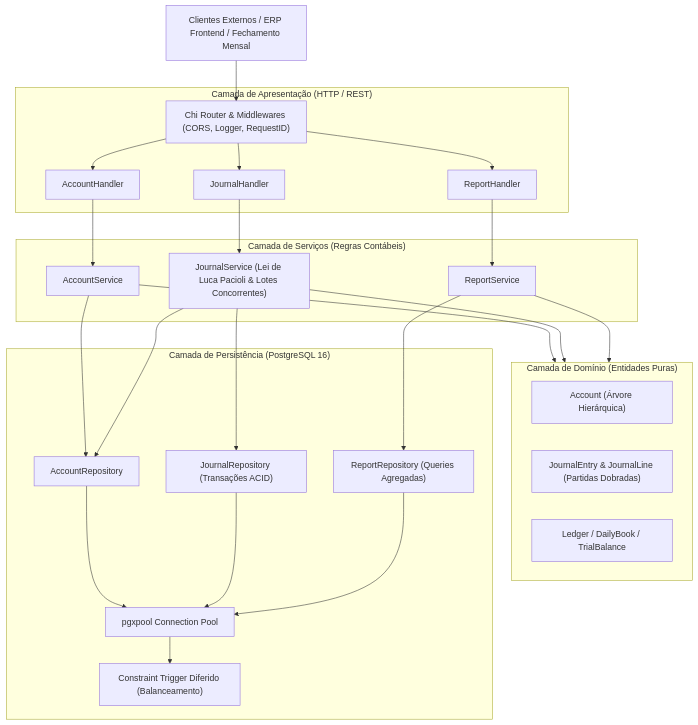
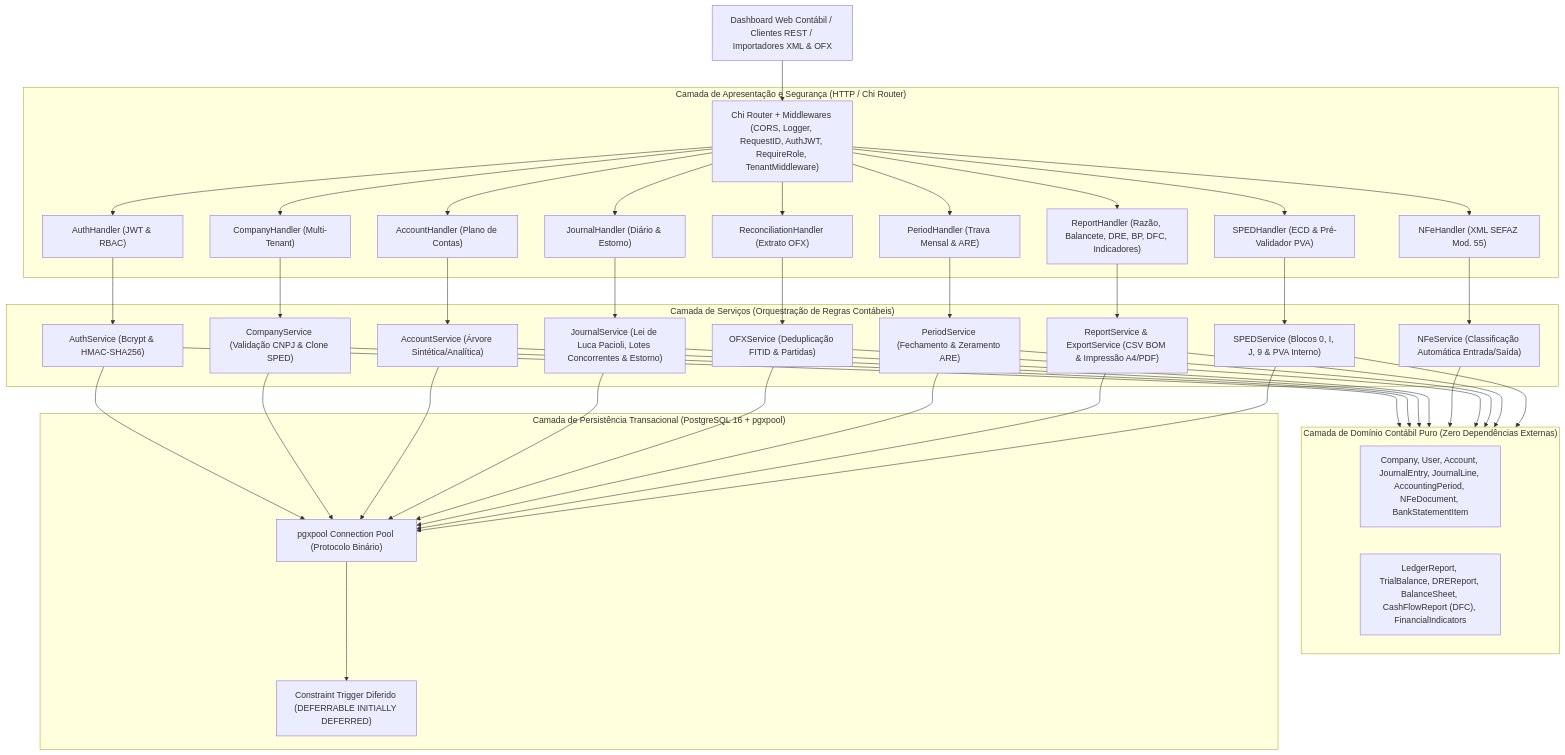
Before and after one commit to matheus-sl2/nortabil: the first of 2 diagrams in docs/ARQUITETURA.md, drawn with Mermaid. The commit also changed other lines of this file, not shown here.

Commit message:
docs(arquitetura): atualizar diagramas Mermaid de arquitetura e DER relacional multi-tenant

````diff
--- a/docs/ARQUITETURA.md
+++ b/docs/ARQUITETURA.md
@@ -11,43 +11,54 @@
 ```mermaid
 flowchart TD
-    Client["Clientes Externos / ERP Frontend / Fechamento Mensal"]
-    
-    subgraph HTTP_Layer["Camada de Apresentação (HTTP / REST)"]
-        Router["Chi Router & Middlewares (CORS, Logger, RequestID)"]
-        AccH["AccountHandler"]
-        JournH["JournalHandler"]
-        RepH["ReportHandler"]
+    Client["Dashboard Web Contábil / Clientes REST / Importadores XML & OFX"]
+
+    subgraph HTTP_Layer["Camada de Apresentação e Segurança (HTTP / Chi Router)"]
+        Router["Chi Router + Middlewares (CORS, Logger, RequestID, AuthJWT, RequireRole, TenantMiddleware)"]
+        AuthH["AuthHandler (JWT & RBAC)"]
+        CompH["CompanyHandler (Multi-Tenant)"]
+        AccH["AccountHandler (Plano de Contas)"]
+        JournH["JournalHandler (Diário & Estorno)"]
+        NFeH["NFeHandler (XML SEFAZ Mod. 55)"]
+        RecH["ReconciliationHandler (Extrato OFX)"]
+        PerH["PeriodHandler (Trava Mensal & ARE)"]
+        RepH["ReportHandler (Razão, Balancete, DRE, BP, DFC, Indicadores)"]
+        SpedH["SPEDHandler (ECD & Pré-Validador PVA)"]
     end
-    
-    subgraph Service_Layer["Camada de Serviços (Regras Contábeis)"]
-        AccS["AccountService"]
-        JournS["JournalService (Lei de Luca Pacioli & Lotes Concorrentes)"]
-        RepS["ReportService"]
+
+    subgraph Service_Layer["Camada de Serviços (Orquestração de Regras Contábeis)"]
+        AuthS["AuthService (Bcrypt & HMAC-SHA256)"]
+        CompS["CompanyService (Validação CNPJ & Clone SPED)"]
+        AccS["AccountService (Árvore Sintética/Analítica)"]
+        JournS["JournalService (Lei de Luca Pacioli, Lotes Concorrentes & Estorno)"]
+        NFeS["NFeService (Classificação Automática Entrada/Saída)"]
+        OFXS["OFXService (Deduplicação FITID & Partidas)"]
+        PerS["PeriodService (Fechamento & Zeramento ARE)"]
+        RepS["ReportService & ExportService (CSV BOM & Impressão A4/PDF)"]
+        SpedS["SPEDService (Blocos 0, I, J, 9 & PVA Interno)"]
     end
-    
-    subgraph Domain_Layer["Camada de Domínio (Entidades Puras)"]
-        Account["Account (Árvore Hierárquica)"]
-        JournalEntry["JournalEntry & JournalLine (Partidas Dobradas)"]
-        Reports["Ledger / DailyBook / TrialBalance"]
+
+    subgraph Domain_Layer["Camada de Domínio Contábil Puro (Zero Dependências Externas)"]
+        Entities["Company, User, Account, JournalEntry, JournalLine, AccountingPeriod, NFeDocument, BankStatementItem"]
+        Reports["LedgerReport, TrialBalance, DREReport, BalanceSheet, CashFlowReport (DFC), FinancialIndicators"]
     end
-    
-    subgraph Infra_Layer["Camada de Persistência (PostgreSQL 16)"]
-        DB["pgxpool Connection Pool"]
-        AccRepo["AccountRepository"]
-        JournRepo["JournalRepository (Transações ACID)"]
-        RepRepo["ReportRepository (Queries Agregadas)"]
-        Trig["Constraint Trigger Diferido (Balanceamento)"]
+
+    subgraph Infra_Layer["Camada de Persistência Transacional (PostgreSQL 16 + pgxpool)"]
+        DB["pgxpool Connection Pool (Protocolo Binário)"]
+        Trig["Constraint Trigger Diferido (DEFERRABLE INITIALLY DEFERRED)"]
     end
 
     Client --> Router
-    Router --> AccH & JournH & RepH
+    Router --> AuthH & CompH & AccH & JournH & NFeH & RecH & PerH & RepH & SpedH
+    AuthH --> AuthS
+    CompH --> CompS
     AccH --> AccS
     JournH --> JournS
+    NFeH --> NFeS
+    RecH --> OFXS
+    PerH --> PerS
     RepH --> RepS
-    AccS & JournS & RepS --> Domain_Layer
-    AccS --> AccRepo
-    JournS --> JournRepo & AccRepo
-    RepS --> RepRepo
-    AccRepo & JournRepo & RepRepo --> DB
+    SpedH --> SpedS
+    AuthS & CompS & AccS & JournS & NFeS & OFXS & PerS & RepS & SpedS --> Domain_Layer
+    AuthS & CompS & AccS & JournS & OFXS & PerS & RepS & SpedS --> DB
     DB --> Trig
 ```
````
